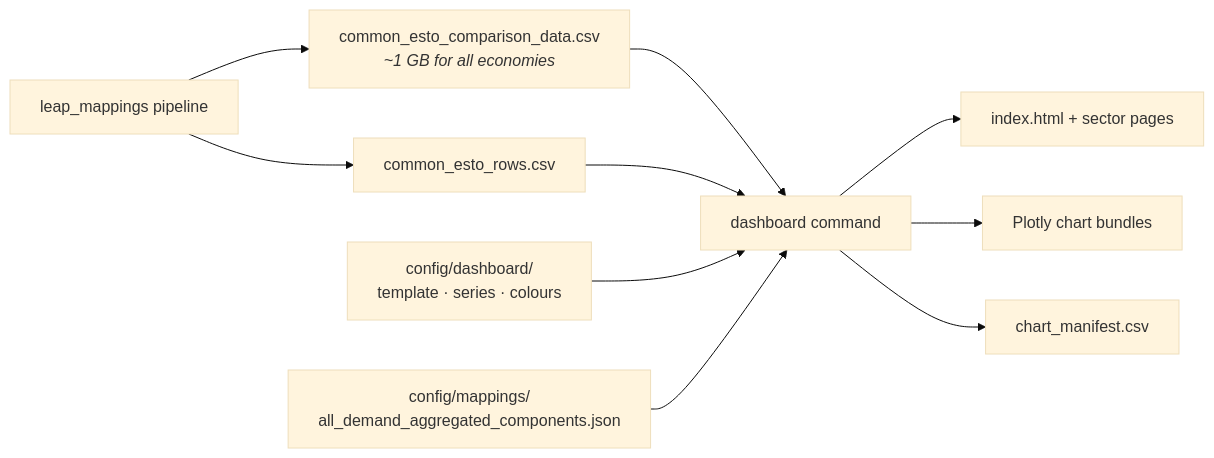
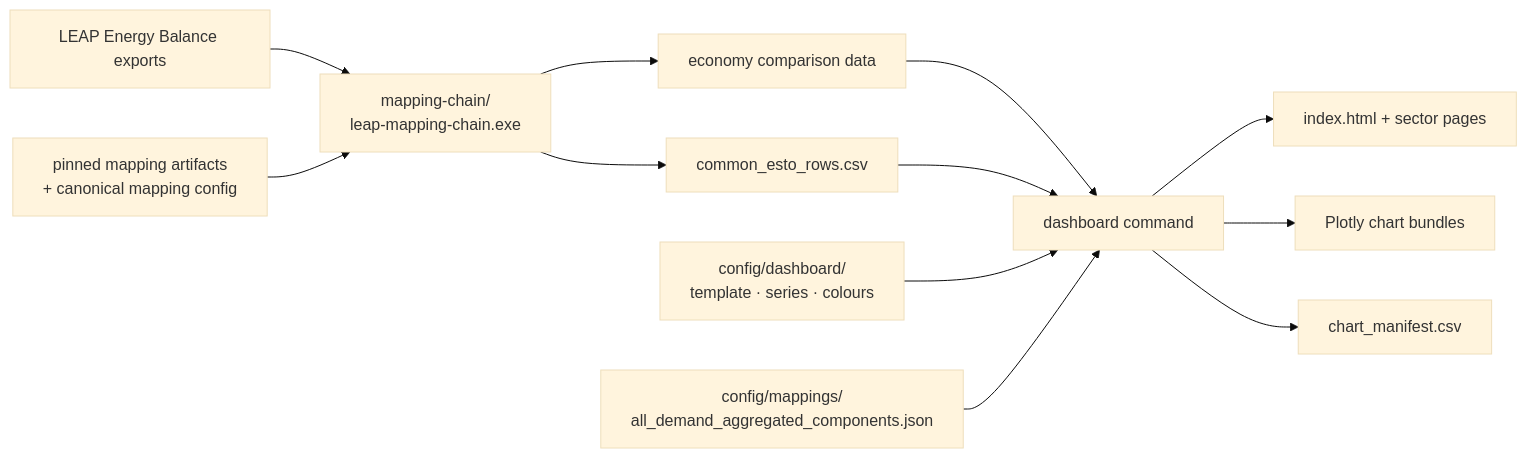
The third of 7 diagrams in docs/leap_review_tools_walkthrough.md (asia-pacific-energy-research-centre/leap_initialisation), drawn with Mermaid (base theme) before and after one commit. The commit also changed other lines of this file and 3 other files, not shown here.

````diff
--- a/docs/leap_review_tools_walkthrough.md
+++ b/docs/leap_review_tools_walkthrough.md
@@ -125,15 +124,17 @@
 ```mermaid
 flowchart LR
-    PIPE["leap_mappings pipeline"] --> CD["common_esto_comparison_data.csv<br/><i>~1 GB for all economies</i>"]
-    PIPE --> CR["common_esto_rows.csv"]
+    XLSX["LEAP Energy Balance exports"] --> WORKER["mapping-chain/<br/>leap-mapping-chain.exe"]
+    ART["pinned mapping artifacts<br/>+ canonical mapping config"] --> WORKER
+    WORKER --> CD["economy comparison data"]
+    WORKER --> CR["common_esto_rows.csv"]
 
     CD --> DASH["dashboard command"]
     CR --> DASH
 
     CFG["config/dashboard/<br/>template · series · colours"] --> DASH
     MCFG["config/mappings/<br/>all_demand_aggregated_components.json"] --> DASH
 
     DASH --> HTML["index.html + sector pages"]
     DASH --> JS["Plotly chart bundles"]
     DASH --> MAN["chart_manifest.csv"]
 ```
````
